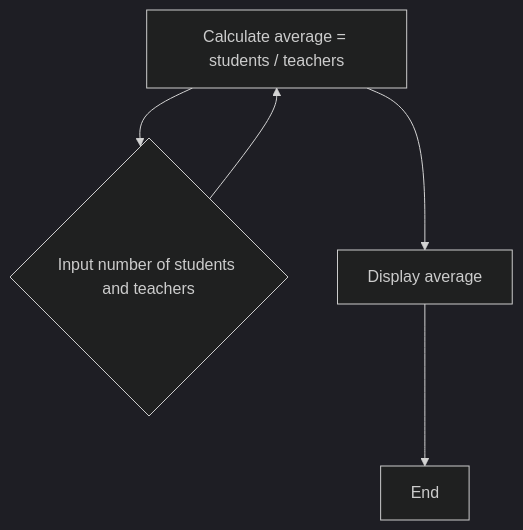
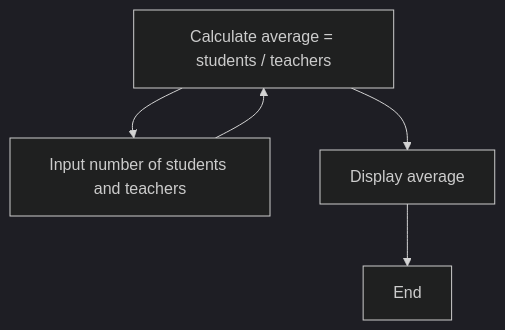
The diagram in EX1.md (zmef/cplusplus), drawn with Mermaid (dark theme) before and after one commit.

````diff
--- a/EX1.md
+++ b/EX1.md
@@ -1,7 +1,7 @@
 ```mermaid
 flowchart TD;
-    C((Start)) --> B{Input number of students and teachers};
+    C(Start) --> B[Input number of students and teachers];
     B --> C[Calculate average = students / teachers];
     C --> D[Display average];
     D --> E[End];
 ```
````
